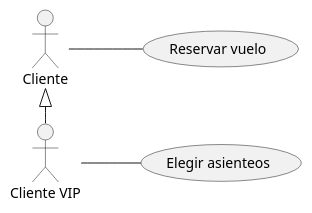
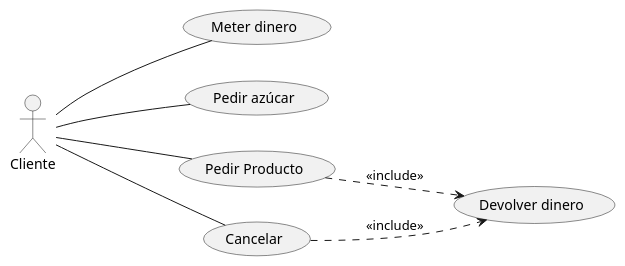
Before and after one commit to tatianagarijo/UMLClasesUsoTatianaGarijo: the diagram in src/ClasesUso.puml, drawn with PlantUML. The commit also changed 3 other files, not shown here.

```diff
--- a/src/ClasesUso.puml
+++ b/src/ClasesUso.puml
@@ -2,10 +2,16 @@
 @startuml
 left to right direction
 :Cliente: as cli
-usecase (Reservar vuelo) as UC1
-usecase (Elegir asienteos) as UC2
-:Cliente VIP: as vip
-cli <|- vip
-cli -- UC1
-vip -- UC2
+usecase (Meter dinero) as UC1
+usecase (Pedir azúcar) as UC2
+usecase (Pedir Producto) as UC3
+usecase (Cancelar) as UC4
+usecase (Devolver dinero) as UC5
+
+cli --- UC1
+cli --- UC2
+cli --- UC3
+cli --- UC4
+UC3 ..> UC5: <<include>>
+UC4 ..> UC5: <<include>>
 @enduml
```
